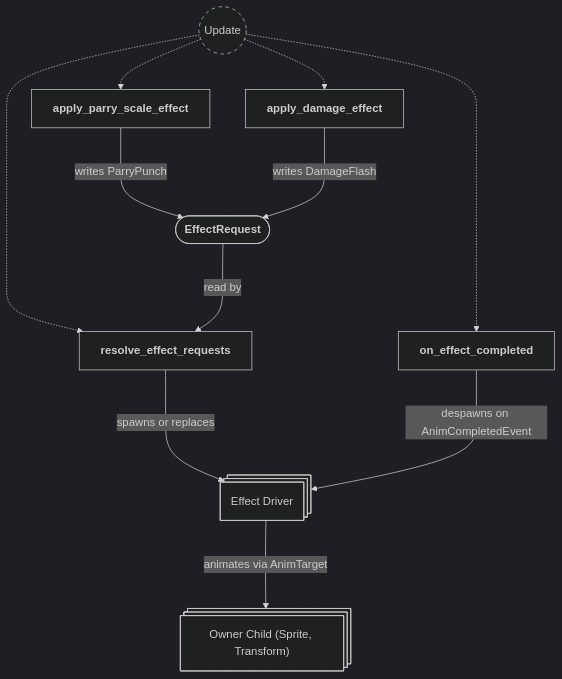
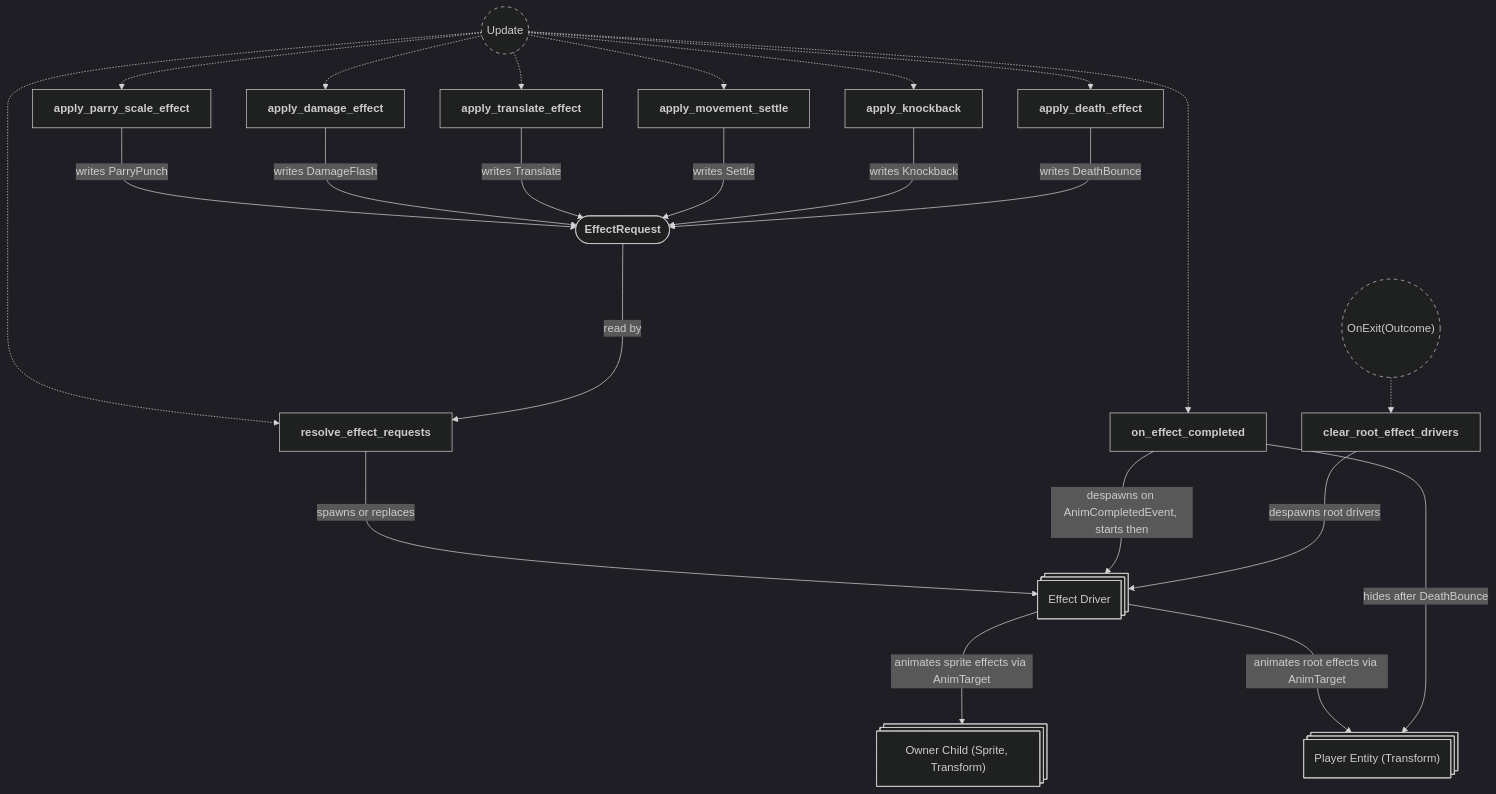
One commit to neurosoup/tyled changed diagram 25 of 25 in backlog/docs/doc-10 - 008-Effects-plugin.md. Above: the diagram before and after it, drawn with Mermaid. The commit also changed other lines of this file and 10 other files, not shown here.

First line of the commit message:
Refactor: run player position effects through the effect resolver

````diff
--- a/backlog/docs/doc-10 - 008-Effects-plugin.md
+++ b/backlog/docs/doc-10 - 008-Effects-plugin.md
@@ -1314,32 +1108,51 @@
 ```mermaid
 ---
 config:
   theme: dark
 ---
 
 flowchart TD
 classDef system-group stroke-dasharray: 5 5
 
 update(("`Update`")):::system-group
+exit_outcome(("`OnExit(Outcome)`")):::system-group
 
 apply_parry_scale_effect["`**apply_parry_scale_effect**`"]
 apply_damage_effect["`**apply_damage_effect**`"]
+apply_translate_effect["`**apply_translate_effect**`"]
+apply_movement_settle["`**apply_movement_settle**`"]
+apply_knockback["`**apply_knockback**`"]
+apply_death_effect["`**apply_death_effect**`"]
 on_effect_completed["`**on_effect_completed**`"]
 resolve_effect_requests["`**resolve_effect_requests**`"]
+clear_root_effect_drivers["`**clear_root_effect_drivers**`"]
 
 update -.-> apply_parry_scale_effect
 update -.-> apply_damage_effect
+update -.-> apply_translate_effect
+update -.-> apply_movement_settle
+update -.-> apply_knockback
+update -.-> apply_death_effect
 update -.-> on_effect_completed
 update -.-> resolve_effect_requests
+exit_outcome -.-> clear_root_effect_drivers
 
 effect_request(["`**EffectRequest**`"])
 driver_entity@{ shape: st-rect, label: "Effect Driver" }
 sprite_entity@{ shape: st-rect, label: "Owner Child (Sprite, Transform)" }
+player_entity@{ shape: st-rect, label: "Player Entity (Transform)" }
 
 apply_parry_scale_effect ---> |writes ParryPunch| effect_request
 apply_damage_effect ---> |writes DamageFlash| effect_request
+apply_translate_effect ---> |writes Translate| effect_request
+apply_movement_settle ---> |writes Settle| effect_request
+apply_knockback ---> |writes Knockback| effect_request
+apply_death_effect ---> |writes DeathBounce| effect_request
 effect_request ---> |read by| resolve_effect_requests
 resolve_effect_requests ---> |spawns or replaces| driver_entity
-driver_entity ---> |animates via AnimTarget| sprite_entity
-on_effect_completed ---> |despawns on AnimCompletedEvent| driver_entity
+driver_entity ---> |animates sprite effects via AnimTarget| sprite_entity
+driver_entity ---> |animates root effects via AnimTarget| player_entity
+on_effect_completed ---> |despawns on AnimCompletedEvent, starts then| driver_entity
+on_effect_completed ---> |hides after DeathBounce| player_entity
+clear_root_effect_drivers ---> |despawns root drivers| driver_entity
 ```
````
